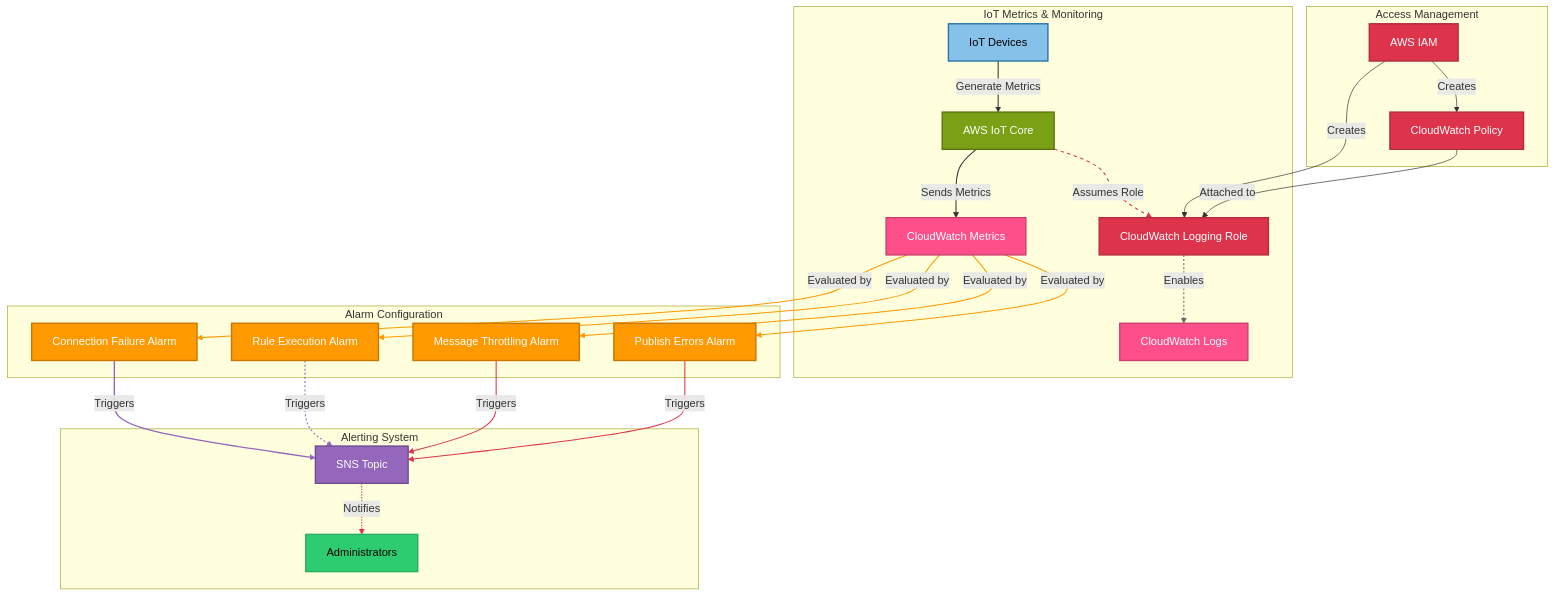
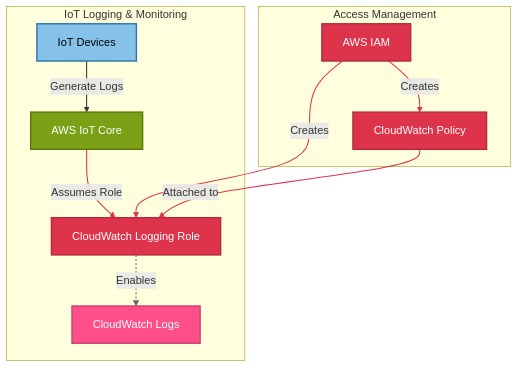
Before and after one commit to Jan-IngenHousz-Institute/open-jii: the diagram in infrastructure/modules/cloudwatch/README.md, drawn with Mermaid. The commit also changed other lines of this file and 4 other files, not shown here.

````diff
--- a/infrastructure/modules/cloudwatch/README.md
+++ b/infrastructure/modules/cloudwatch/README.md
@@ -9,48 +9,29 @@
 ```mermaid
 graph TD;
     %% Main component groups with better routing
-    subgraph "IoT Metrics & Monitoring"
-        A[IoT Devices]:::device -->|Generate Metrics| B[AWS IoT Core]:::iot
-        B -->|Sends Metrics| C[CloudWatch Metrics]:::cloudwatch
+    subgraph "IoT Logging & Monitoring"
+        A[IoT Devices]:::device -->|Generate Logs| B[AWS IoT Core]:::iot
         B ==>|Assumes Role| R[CloudWatch Logging Role]:::iam
         R -.->|Enables| L[CloudWatch Logs]:::cloudwatch
-    end
-
-    subgraph "Alarm Configuration"
-        C -->|Evaluated by| AM1[Connection Failure Alarm]:::alarm
-        C -->|Evaluated by| AM2[Rule Execution Alarm]:::alarm
-        C -->|Evaluated by| AM3[Message Throttling Alarm]:::alarm
-        C -->|Evaluated by| AM4[Publish Errors Alarm]:::alarm
-    end
-
-    subgraph "Alerting System"
-        AM1 & AM2 & AM3 & AM4 ==>|Triggers| S[SNS Topic]:::sns
-        S -.->|Notifies| N[Administrators]:::user
     end
 
     %% IAM permissions flow
     subgraph "Access Management"
         I[AWS IAM]:::iam -->|Creates| P[CloudWatch Policy]:::iam
         I -->|Creates| R
         P -->|Attached to| R
     end
 
     %% Define styles for different component types
     classDef device fill:#85C1E9,stroke:#2874A6,color:black,stroke-width:2px;
     classDef iot fill:#7AA116,stroke:#5A7512,color:white,stroke-width:2px;
     classDef cloudwatch fill:#FF4F8B,stroke:#CC3F6E,color:white,stroke-width:2px;
-    classDef alarm fill:#FF9900,stroke:#C77700,color:white,stroke-width:2px;
-    classDef sns fill:#9467BD,stroke:#6C4D8E,color:white,stroke-width:2px;
     classDef iam fill:#DD344C,stroke:#B32B3D,color:white,stroke-width:2px;
-    classDef user fill:#2ECC71,stroke:#27AE60,color:black,stroke-width:2px;
 
     %% Custom link styles for better visual hierarchy
-    linkStyle 0,1 stroke:#333,stroke-width:1.5px;
-    linkStyle 2 stroke:#DD344C,stroke-width:1.5px,stroke-dasharray: 5 5;
-    linkStyle 3 stroke:#666,stroke-width:1.5px,stroke-dasharray: 3 3;
-    linkStyle 4,5,6,7 stroke:#FF9900,stroke-width:1.5px;
-    linkStyle 8 stroke:#9467BD,stroke-width:2px;
-    linkStyle 9 stroke:#9467BD,stroke-width:1.5px,stroke-dasharray: 3 3;
-    linkStyle 10,11 stroke:#DD344C,stroke-width:1.5px;
-    linkStyle 12 stroke:#DD344C,stroke-width:1.5px;
+    linkStyle 0 stroke:#333,stroke-width:1.5px;
+    linkStyle 1 stroke:#DD344C,stroke-width:1.5px;
+    linkStyle 2 stroke:#666,stroke-width:1.5px,stroke-dasharray: 3 3;
+    linkStyle 3,4 stroke:#DD344C,stroke-width:1.5px;
+    linkStyle 5 stroke:#DD344C,stroke-width:1.5px;
 ```
````
